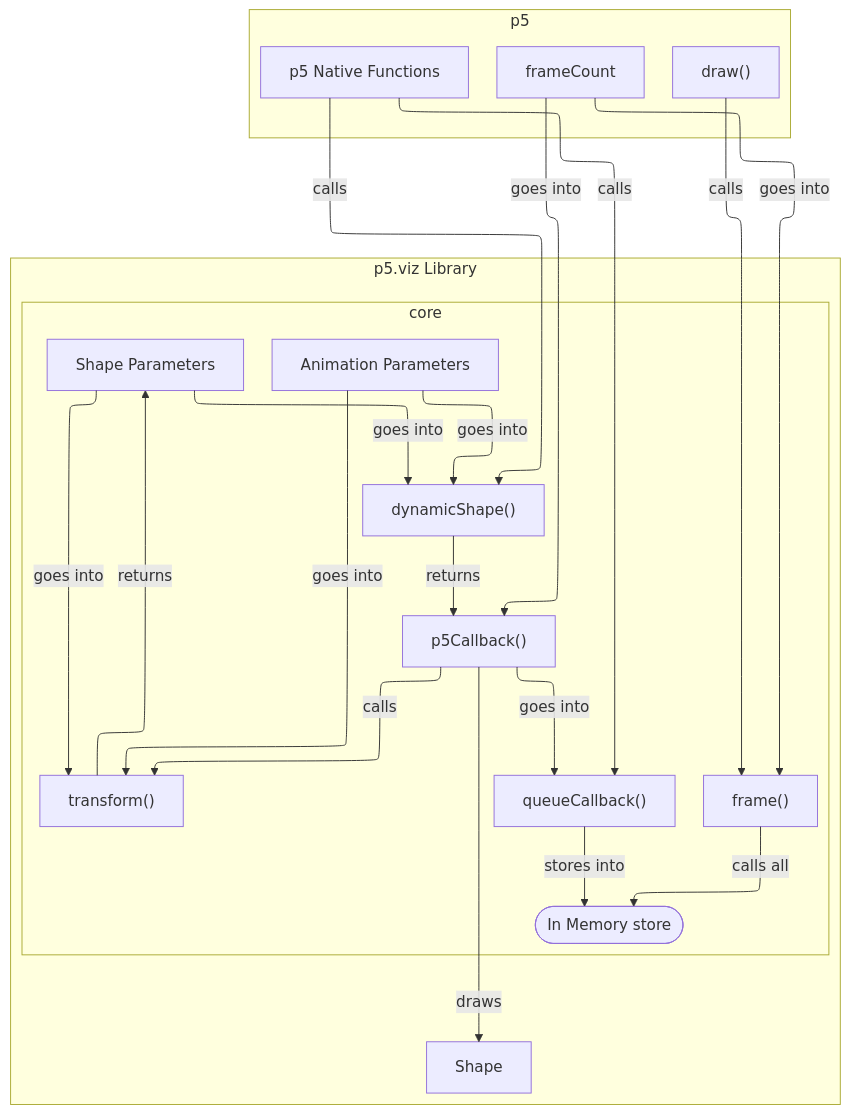
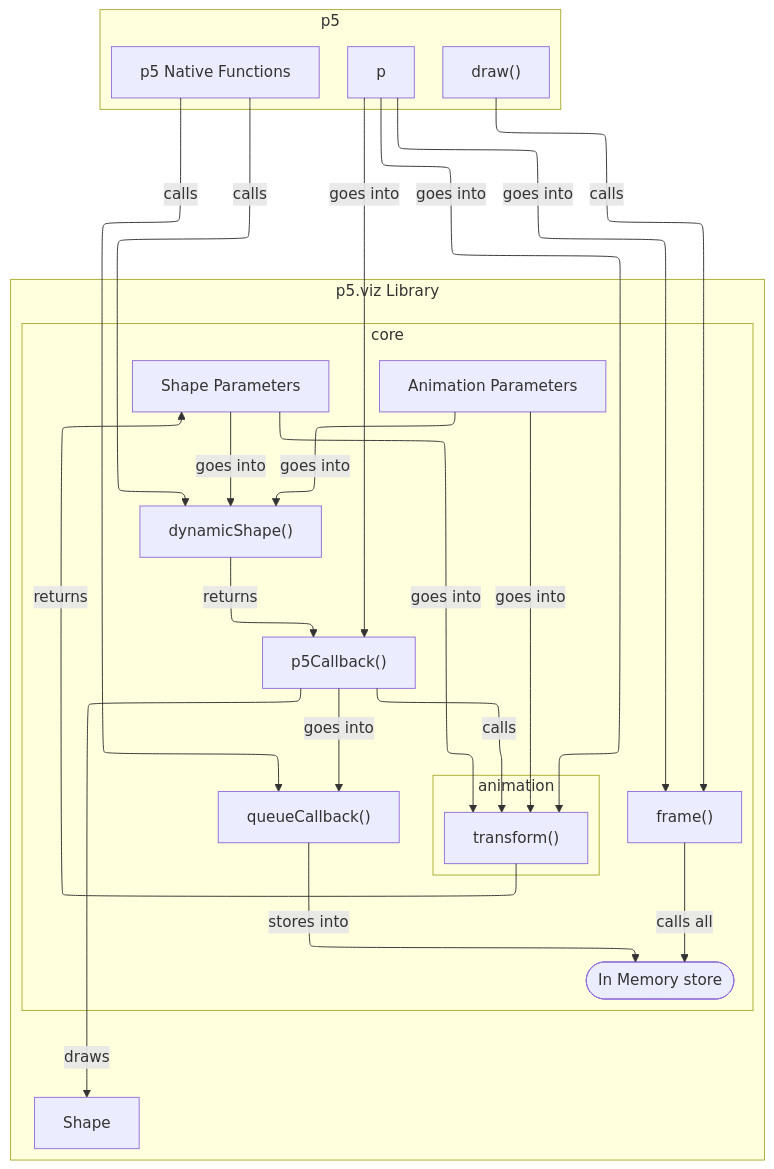
The second of 2 diagrams in README.md (SuvabrataChowdhury/p5.viz), drawn with Mermaid before and after one commit. The commit also changed other lines of this file and 3 other files, not shown here.

````diff
--- a/README.md
+++ b/README.md
@@ -81,41 +81,43 @@
 ```mermaid
 ---
 config:
   layout: elk
 ---
 flowchart TB
     subgraph p5["p5"]
         direction LR
         p5NativeFn["p5 Native Functions"]
         draw["draw()"]
-        frameCount["frameCount"]
+        p["p"]
     end
     subgraph library["p5.viz Library"]
         subgraph core["core"]
             shapeParams["Shape Parameters"]
             animationParams["Animation Parameters"]
             dynamicShape["dynamicShape()"]
             p5Callback["p5Callback()"]
             callbacks(["In Memory store"])
             queueCallback["queueCallback()"]
             frame["frame()"]
-            transform["transform()"]
+
+            subgraph animation["animation"]
+                transform["transform()"]
+            end
         end
 
         shape["Shape"]
     end
     shapeParams -- goes into --> dynamicShape & transform
     animationParams -- goes into --> dynamicShape & transform
     transform -- returns --> shapeParams
     dynamicShape -- returns --> p5Callback
-    frameCount -- goes into --> p5Callback & frame
+    p -- goes into --> p5Callback & frame & transform
     p5Callback -- draws --> shape
     p5Callback -- goes into --> queueCallback
     p5Callback -- calls --> transform
     queueCallback -- stores into --> callbacks
     draw -- calls --> frame
     frame -- calls all --> callbacks
     p5NativeFn -- calls --> dynamicShape
     p5NativeFn -- calls --> queueCallback
-
 ```
````
